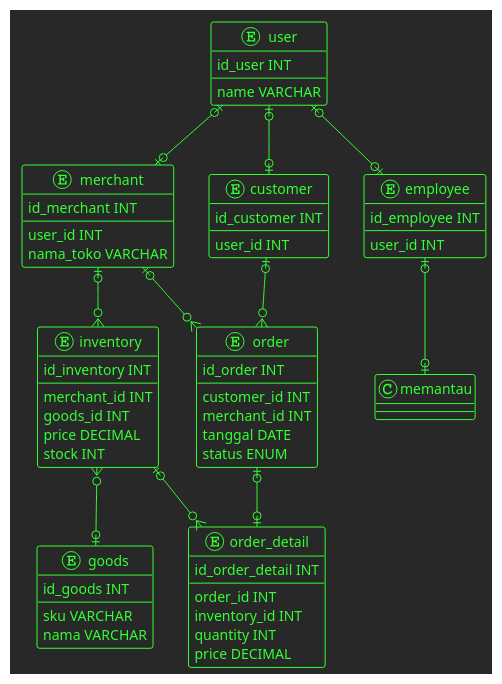
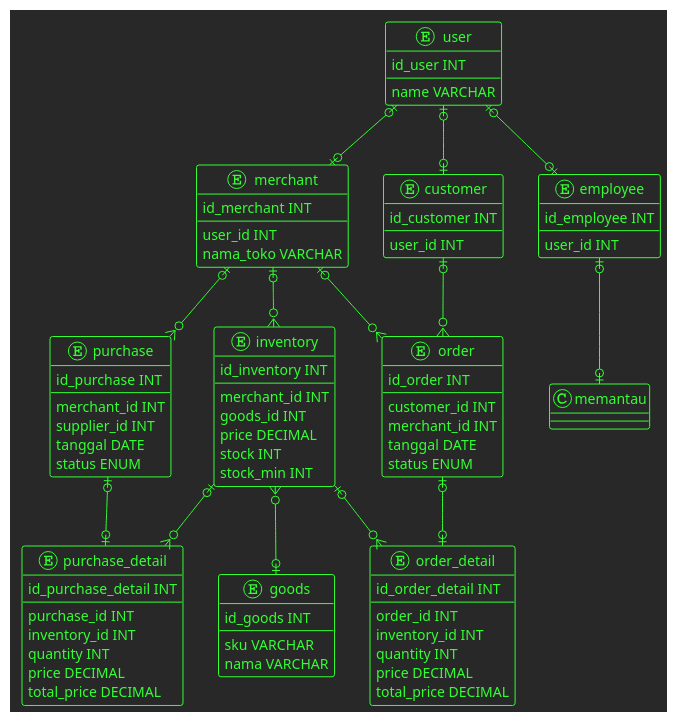
One commit to kaattuu/abucom_erd changed the diagram in abucom_erd.puml. Above: the diagram before and after it, drawn with PlantUML. The commit also changed 2 other files, not shown here.

```diff
--- a/abucom_erd.puml
+++ b/abucom_erd.puml
@@ -1,87 +1,111 @@
 @startuml
 !theme crt-green
 ' !theme crt-amber
 
 entity user {
     id_user INT
     --
     name VARCHAR
 }
 
 entity merchant {
     id_merchant INT
     --
     user_id INT
     nama_toko VARCHAR
 }
 
 entity customer {
     id_customer INT
     --
     user_id INT
 }
 
 entity employee {
     id_employee INT
     --
     user_id INT
 }
 
+entity purchase {
+    id_purchase INT
+    --
+    merchant_id INT
+    supplier_id INT
+    tanggal DATE
+    status ENUM
+}
+
+entity purchase_detail {
+    id_purchase_detail INT
+    --
+    purchase_id INT
+    inventory_id INT
+    quantity INT
+    price DECIMAL
+    total_price DECIMAL
+}
+
 entity inventory {
     id_inventory INT
     --
     merchant_id INT
     goods_id INT
     price DECIMAL
     stock INT
+    stock_min INT
 }
 
 entity order {
     id_order INT
     --
     customer_id INT
     merchant_id INT
     tanggal DATE
     status ENUM
 }
 
 entity order_detail {
     id_order_detail INT
     --
     order_id INT
     inventory_id INT
     quantity INT
     price DECIMAL
+    total_price DECIMAL
 }
 
 entity goods {
     id_goods INT
     --
     sku VARCHAR
     nama VARCHAR
 }
 
 
 
 
 user |o--o| merchant
 user |o--o| customer
 user |o--o| employee
 
-
+merchant |o--o{ purchase
 merchant |o--o{ inventory
 merchant |o--o{ order
 
 customer |o--o{ order
 
 employee |o--o| memantau
 
+purchase |o--o| purchase_detail
+
+inventory |o--o{ purchase_detail
 inventory |o--o{ order_detail
 inventory }o--o| goods
 
 order |o--o| order_detail
 
 
 
 
 @enduml
```
